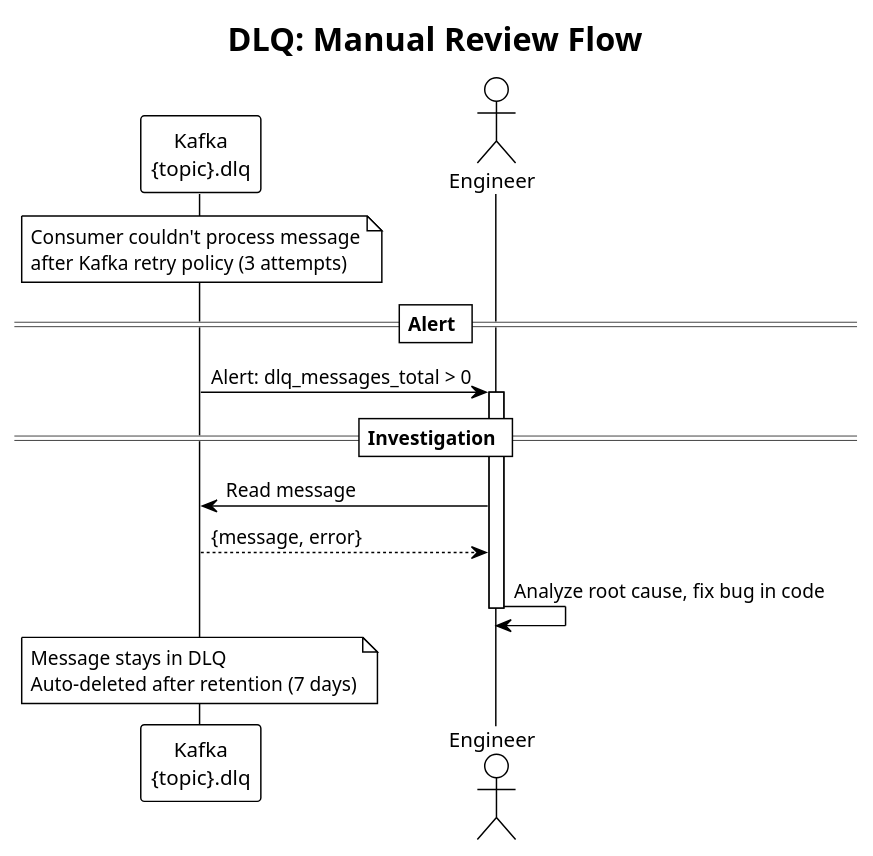
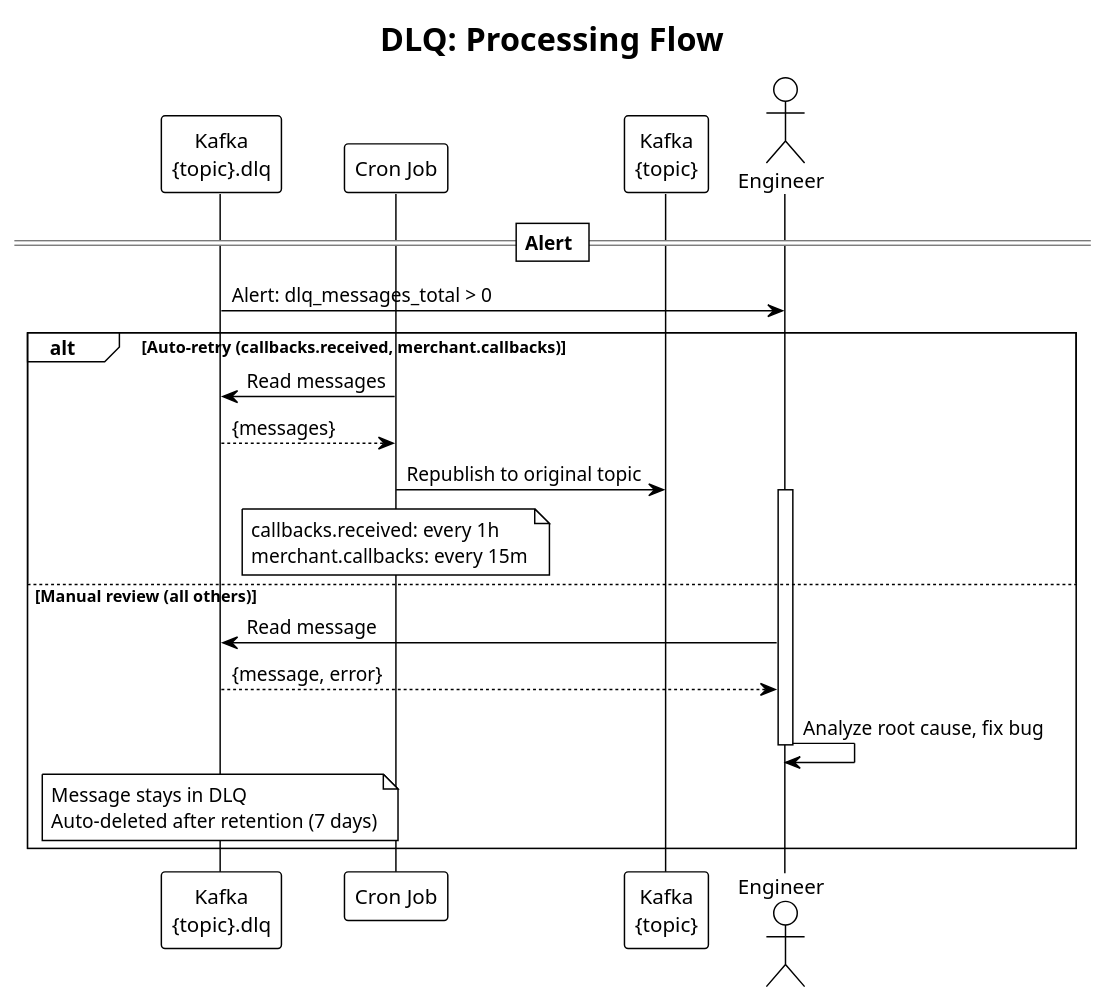
One commit to krsvyat/system-design changed the diagram in diagrams/seq/seq-dlq.puml. Above: the diagram before and after it, drawn with PlantUML. The commit also changed 9 other files, not shown here.

```diff
--- a/diagrams/seq/seq-dlq.puml
+++ b/diagrams/seq/seq-dlq.puml
@@ -1,34 +1,38 @@
 @startuml seq-dlq
 !theme plain
 
-title DLQ: Manual Review Flow
+title DLQ: Processing Flow
 
 participant "Kafka\n{topic}.dlq" as dlq
+participant "Cron Job" as cron
+participant "Kafka\n{topic}" as kafka
 actor "Engineer" as eng
-
-note over dlq
-  Consumer couldn't process message
-  after Kafka retry policy (3 attempts)
-end note
 
 == Alert ==
 
 dlq -> eng: Alert: dlq_messages_total > 0
 
-== Investigation ==
+alt Auto-retry (callbacks.received, merchant.callbacks)
 
-activate eng
+    cron -> dlq: Read messages
+    dlq --> cron: {messages}
+    cron -> kafka: Republish to original topic
 
-eng -> dlq: Read message
-dlq --> eng: {message, error}
+    note over cron: callbacks.received: every 1h\nmerchant.callbacks: every 15m
 
-eng -> eng: Analyze root cause, fix bug in code
+else Manual review (all others)
 
-note over dlq
-  Message stays in DLQ
-  Auto-deleted after retention (7 days)
-end note
+    activate eng
+    eng -> dlq: Read message
+    dlq --> eng: {message, error}
+    eng -> eng: Analyze root cause, fix bug
+    deactivate eng
 
-deactivate eng
+    note over dlq
+      Message stays in DLQ
+      Auto-deleted after retention (7 days)
+    end note
+
+end
 
 @enduml
```
